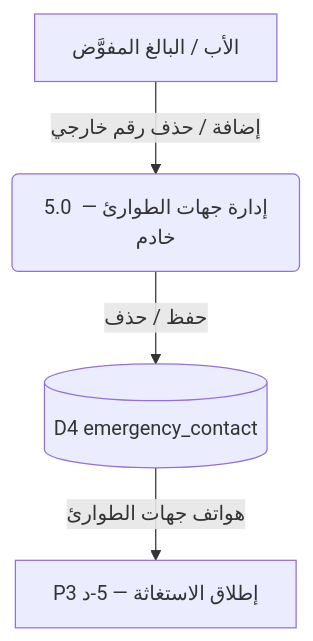
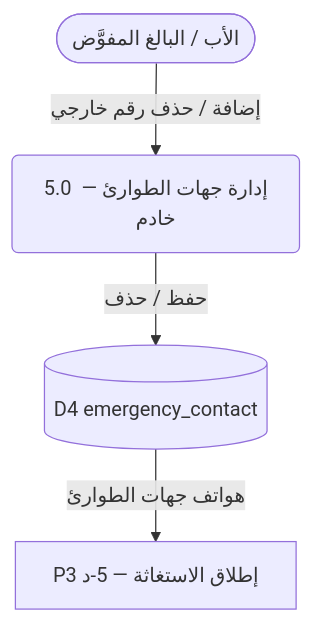
Diagram 26 of 30 in docs/family-os/governance/phases/phase-1/S1-07-location-basic/DIAGRAMS.md (Bassam-mohammed-alqaeadi/family-os-v2), drawn with Mermaid before and after one commit. The commit also changed other lines of this file, not shown here.

````diff
--- a/docs/family-os/governance/phases/phase-1/S1-07-location-basic/DIAGRAMS.md
+++ b/docs/family-os/governance/phases/phase-1/S1-07-location-basic/DIAGRAMS.md
@@ -895,11 +895,11 @@
 ```mermaid
 flowchart TD
-    Father[الأب / البالغ المفوَّض]
+    Father([الأب / البالغ المفوَّض])
     P5(5.0 إدارة جهات الطوارئ — خادم)
     D4[(D4 emergency_contact)]
     P3x["P3 إطلاق الاستغاثة — 5-د"]
 
     Father -->|إضافة / حذف رقم خارجي| P5
     P5 -->|حفظ / حذف| D4
     D4 -->|هواتف جهات الطوارئ| P3x
 ```
````
